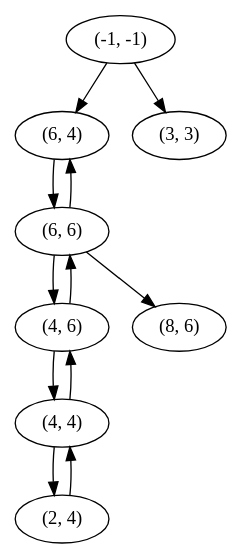
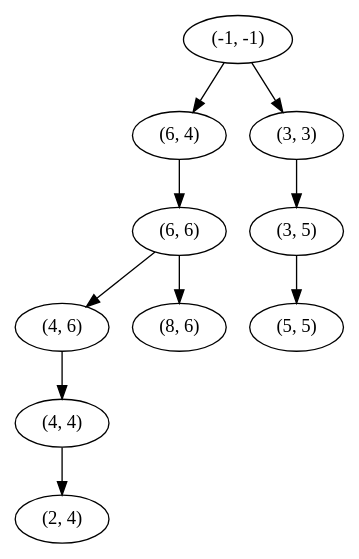
One commit to groupe25/LE_CHEMIN_DES_CHEFS changed the diagram in toto.dot. Above: the diagram before and after it, drawn with Graphviz. The commit also changed 6 other files, not shown here.

Commit message:
debugage partiel et creation graphe et simplification du code

```diff
--- a/toto.dot
+++ b/toto.dot
@@ -1,21 +1,21 @@
 strict digraph G {
 "(6, 4)";
-"(4, 4)";
-"(4, 6)";
-"(6, 6)";
-"(8, 6)";
+"(4, 4)" [rang=1];
+"(4, 6)" [rang=1];
+"(6, 6)" [rang=1];
+"(5, 5)" [rang=1];
+"(8, 6)" [rang=2];
 "(-1, -1)";
-"(2, 4)";
+"(2, 4)" [rang=1];
+"(3, 5)" [rang=1];
 "(3, 3)";
 "(6, 4)" -> "(6, 6)";
 "(4, 4)" -> "(2, 4)";
-"(4, 4)" -> "(4, 6)";
 "(4, 6)" -> "(4, 4)";
-"(4, 6)" -> "(6, 6)";
-"(6, 6)" -> "(6, 4)";
+"(6, 6)" -> "(8, 6)";
 "(6, 6)" -> "(4, 6)";
-"(6, 6)" -> "(8, 6)";
 "(-1, -1)" -> "(6, 4)";
 "(-1, -1)" -> "(3, 3)";
-"(2, 4)" -> "(4, 4)";
+"(3, 5)" -> "(5, 5)";
+"(3, 3)" -> "(3, 5)";
 }
```
